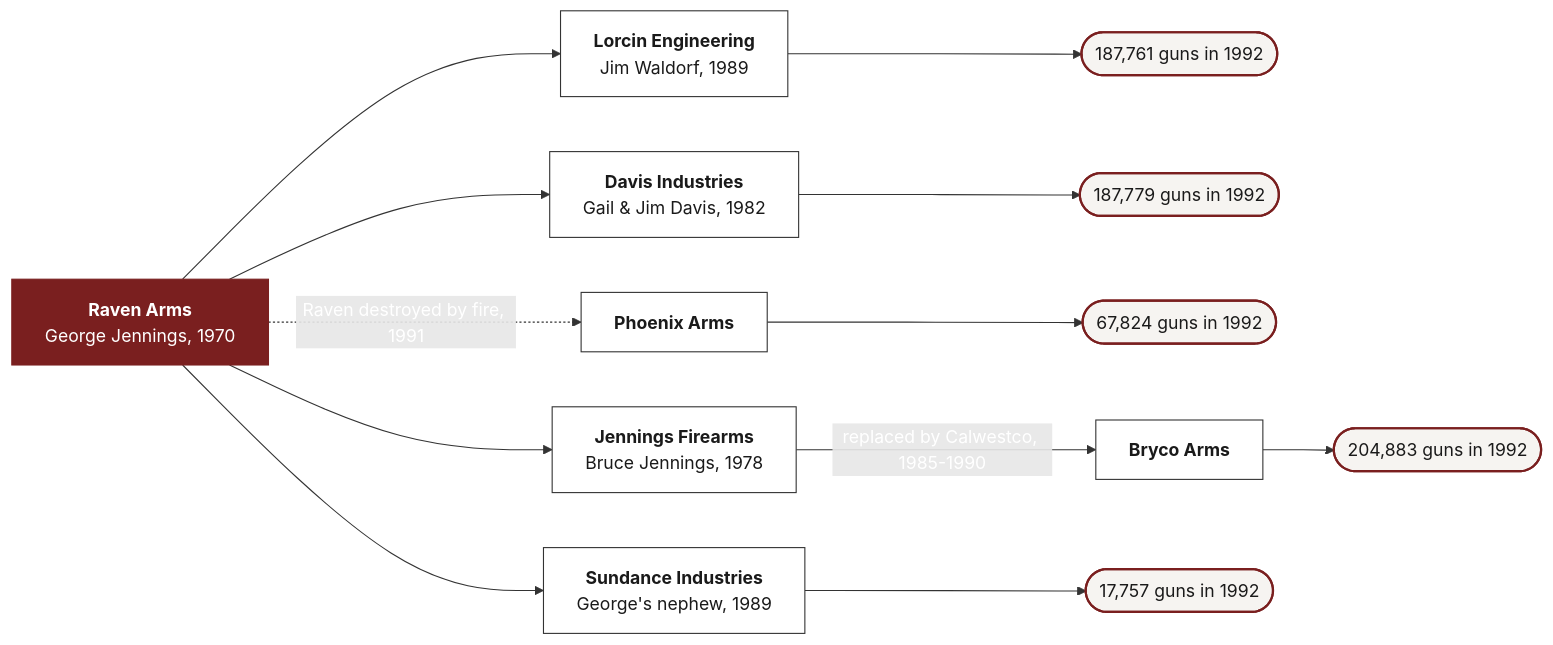
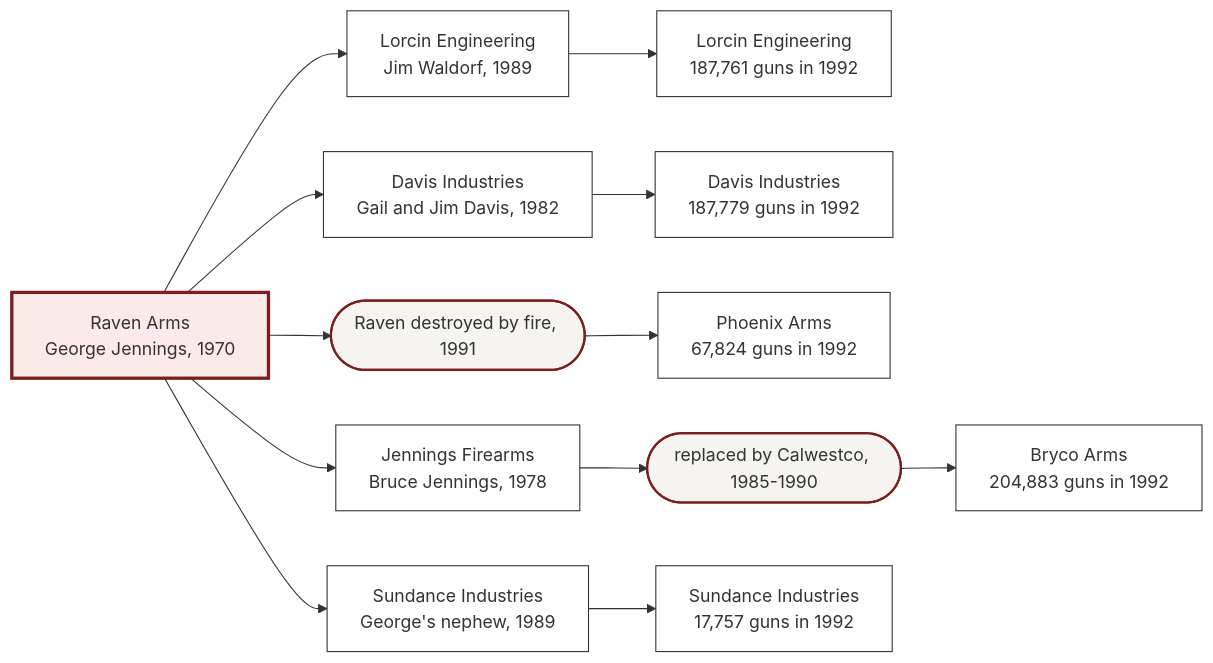
One commit to jdhori/ring-of-fire-1994 changed the diagram in charts/family-tree.mmd. Above: the diagram before and after it, drawn with Mermaid. The commit also changed 13 other files, not shown here.

First line of the commit message:
feat: original-scan accordions, Mermaid family-tree pipeline, and figure-reference refinements

```diff
--- a/charts/family-tree.mmd
+++ b/charts/family-tree.mmd
@@ -1,15 +1,28 @@
 flowchart LR
   accTitle: The Ring of Fire family tree
   accDescr: Five handgun companies trace back to Raven Arms, founded by George Jennings in 1970. Lorcin Engineering was founded by Jim Waldorf in 1989; Davis Industries by George's daughter Gail and her husband Jim Davis in 1982; Phoenix Arms succeeded Raven after a 1991 fire; Bryco Arms descends from Jennings Firearms, founded by Bruce Jennings in 1978, by way of Calwestco; and Sundance Industries by George's nephew in 1989. 1992 production totals Bryco 204883, Davis 187779, Lorcin 187761, Phoenix 67824, Sundance 17757.
-  R["<b>Raven Arms</b><br/>George Jennings, 1970"]
-  R --> L["<b>Lorcin Engineering</b><br/>Jim Waldorf, 1989"] --> L92(["187,761 guns in 1992"])
-  R --> D["<b>Davis Industries</b><br/>Gail &amp; Jim Davis, 1982"] --> D92(["187,779 guns in 1992"])
-  R -. "Raven destroyed by fire, 1991" .-> P["<b>Phoenix Arms</b>"] --> P92(["67,824 guns in 1992"])
-  R --> J["<b>Jennings Firearms</b><br/>Bruce Jennings, 1978"] -->|"replaced by Calwestco, 1985-1990"| B["<b>Bryco Arms</b>"] --> B92(["204,883 guns in 1992"])
-  R --> S["<b>Sundance Industries</b><br/>George's nephew, 1989"] --> S92(["17,757 guns in 1992"])
-  classDef total fill:#f6f4f1,stroke:#7a1f1f,stroke-width:2px,color:#1a1a1a;
-  classDef firm fill:#fff,stroke:#333,stroke-width:1px,color:#1a1a1a;
-  classDef root fill:#7a1f1f,stroke:#7a1f1f,color:#fff;
-  class R root;
-  class L,D,P,J,B,S firm;
-  class L92,D92,P92,B92,S92 total;
+  R["Raven Arms<br/>George Jennings, 1970"]
+  R --> Lm["Lorcin Engineering<br/>Jim Waldorf, 1989"] --> Lg["Lorcin Engineering<br/>187,761 guns in 1992"]
+  R --> Dm["Davis Industries<br/>Gail and Jim Davis, 1982"] --> Dg["Davis Industries<br/>187,779 guns in 1992"]
+  R --> FIRE(["Raven destroyed by fire, 1991"]) --> Pg["Phoenix Arms<br/>67,824 guns in 1992"]
+  R --> Jm["Jennings Firearms<br/>Bruce Jennings, 1978"] --> CAL(["replaced by Calwestco, 1985-1990"]) --> Bg["Bryco Arms<br/>204,883 guns in 1992"]
+  R --> Sm["Sundance Industries<br/>George's nephew, 1989"] --> Sg["Sundance Industries<br/>17,757 guns in 1992"]
+  %% NOTE: classDefs deliberately set NO `color:` — under flowchart htmlLabels:false,
+  %% a per-class color property makes multi-row label text render invisibly (a Mermaid 11
+  %% rendering bug), so label color is left to the theme default (dark #1a1a1a). The origin
+  %% node is distinguished by a pale-red fill + thick accent border, keeping dark text legible.
+  %% Layout mirrors the original Figure 1-1: an origin box (Raven), a middle column of
+  %% "origin company" rectangles (name + founder/year), and a right column of "became"
+  %% rectangles (final company name + 1992 production). The two transitional events sit
+  %% between the columns as ovals (stadium nodes). Phoenix has no middle box — Raven leads
+  %% to it through the fire event, exactly as in the scan.
+  %% CRITICAL: do NOT name a classDef `root`. Mermaid wraps the whole graph in
+  %% `<g class="root">`, so a classDef called `root` emits `.root path{fill:...!important}`
+  %% that paints EVERY edge path (which live inside that wrapper) with the node fill — it
+  %% reads as a pale "shadow" wedge under each diagonal arrow. The origin node uses `origin`.
+  classDef note fill:#f6f4f1,stroke:#7a1f1f,stroke-width:2px;
+  classDef firm fill:#ffffff,stroke:#333333,stroke-width:1px;
+  classDef origin fill:#fbeaea,stroke:#7a1f1f,stroke-width:3px;
+  class R origin;
+  class Lm,Dm,Jm,Sm,Lg,Dg,Pg,Bg,Sg firm;
+  class FIRE,CAL note;
```
